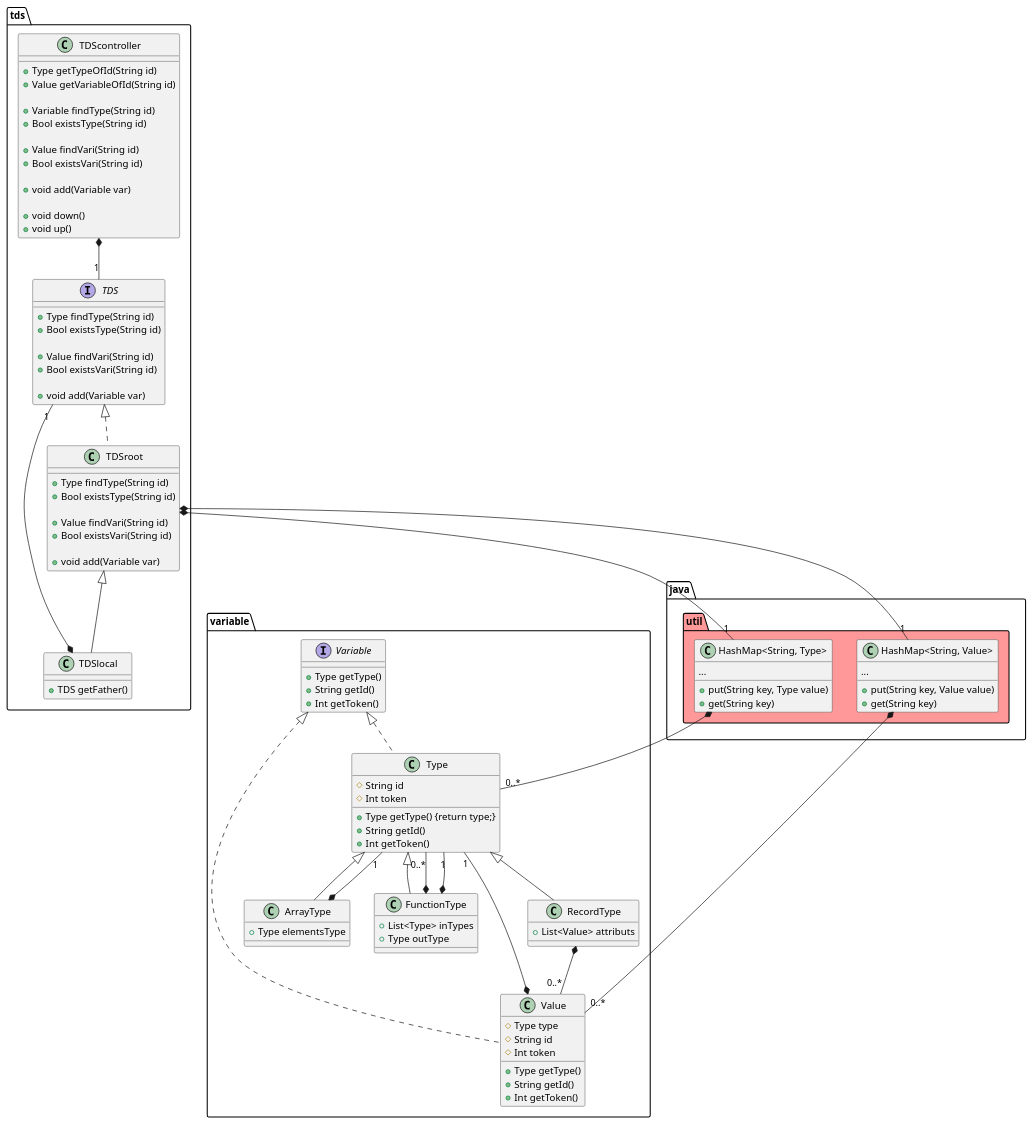
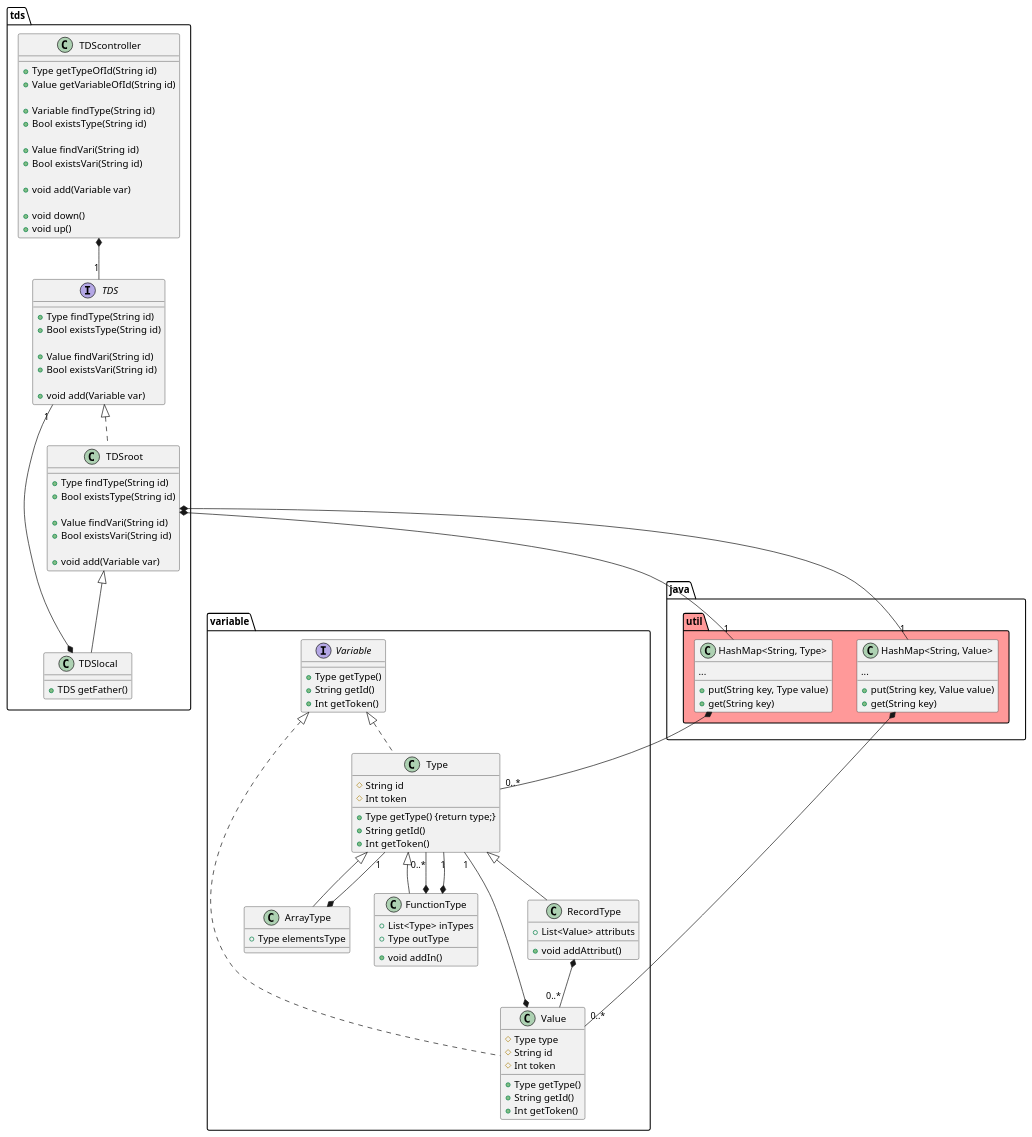
One commit to Tiger-compiler-team-2023/tiger-compiler changed the diagram in AntlrMavenProject/chaoscompiler/src/main/java/eu/tn/chaoscompiler/tdstool/README.figures/TDS.puml. Above: the diagram before and after it, drawn with PlantUML. The commit also changed 4 other files, not shown here.

```diff
--- a/AntlrMavenProject/chaoscompiler/src/main/java/eu/tn/chaoscompiler/tdstool/README.figures/TDS.puml
+++ b/AntlrMavenProject/chaoscompiler/src/main/java/eu/tn/chaoscompiler/tdstool/README.figures/TDS.puml
@@ -1,111 +1,113 @@
 @startuml
 
 package tds {
 
   class TDScontroller {
     +Type getTypeOfId(String id)
     +Value getVariableOfId(String id)
 
     +Variable findType(String id)
     +Bool existsType(String id)
 
     +Value findVari(String id)
     +Bool existsVari(String id)
 
     +void add(Variable var)
 
     +void down()
     +void up()
   }
 
   interface TDS {
     +Type findType(String id)
     +Bool existsType(String id)
 
     +Value findVari(String id)
     +Bool existsVari(String id)
 
     +void add(Variable var)
   }
 
   class TDSroot implements TDS {
     +Type findType(String id)
     +Bool existsType(String id)
 
     +Value findVari(String id)
     +Bool existsVari(String id)
     
     +void add(Variable var)
   }
 
   class TDSlocal extends TDSroot {
     +TDS getFather()
   }
 }
 
 package variable {
 
   Interface Variable {
     +Type getType()
     +String getId()
     +Int getToken()
   }
 
   class Type implements Variable {
     #String id
     #Int token
 
     +Type getType() {return type;}
     +String getId()
     +Int getToken()
   }
 
   class RecordType extends Type {
     +List<Value> attributs
+    +void addAttribut()
   }
 
   class ArrayType extends Type {
     +Type elementsType
   }
 
   class FunctionType extends Type {
     +List<Type> inTypes
     +Type outType
+    +void addIn()
   }
 
   class Value implements Variable {
     #Type type
     #String id
     #Int token
 
     +Type getType()
     +String getId()
     +Int getToken()
   }
 }
 
 package java.util #ff9999 {
   class "HashMap<String, Type>" {
     ...
     +put(String key, Type value)
     +get(String key)
   }
   class "HashMap<String, Value>" {
     ...
     +put(String key, Value value)
     +get(String key)
   }
 }
 
 TDScontroller *--"1" TDS
 TDSlocal *--"1" TDS
 TDSroot *--"1" "HashMap<String, Type>"
 TDSroot *--"1" "HashMap<String, Value>"
 "HashMap<String, Type>" *--"0..*" Type
 "HashMap<String, Value>" *--"0..*" Value
 Value *--"1" Type
 RecordType *--"0..*" Value
 ArrayType *--"1" Type
 FunctionType *--"0..*" Type
 FunctionType *--"1" Type
 @enduml
```
